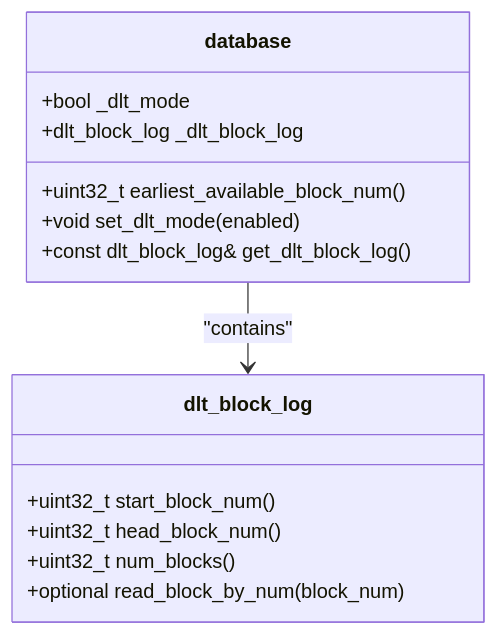
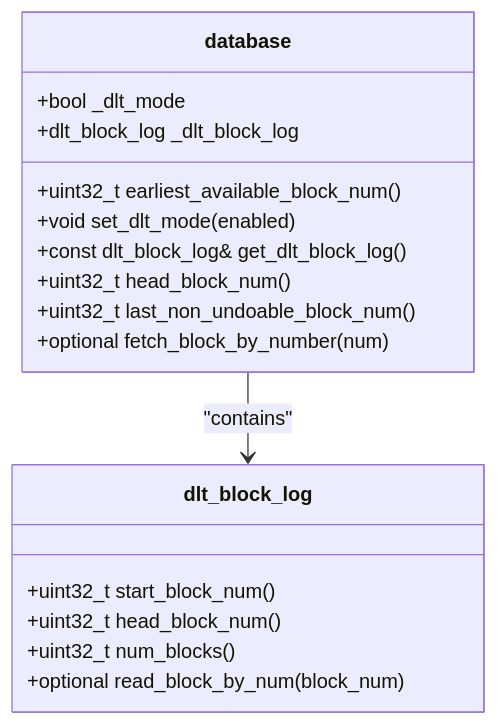
Diagram 11 of 32 in .qoder/repowiki/en/content/P2p Plugin.md (VIZ-Blockchain/viz-cpp-node), drawn with Mermaid before and after one commit. The commit also changed other lines of this file and 5 other files, not shown here.

````diff
--- a/.qoder/repowiki/en/content/P2p Plugin.md
+++ b/.qoder/repowiki/en/content/P2p Plugin.md
@@ -474,17 +520,20 @@
 ```mermaid
 classDiagram
 class database {
 +bool _dlt_mode
 +dlt_block_log _dlt_block_log
 +uint32_t earliest_available_block_num()
 +void set_dlt_mode(enabled)
 +const dlt_block_log& get_dlt_block_log()
++uint32_t head_block_num()
++uint32_t last_non_undoable_block_num()
++optional<signed_block> fetch_block_by_number(num)
 }
 class dlt_block_log {
 +uint32_t start_block_num()
 +uint32_t head_block_num()
 +uint32_t num_blocks()
 +optional<signed_block> read_block_by_num(block_num)
 }
 database --> dlt_block_log : "contains"
 ```
````
